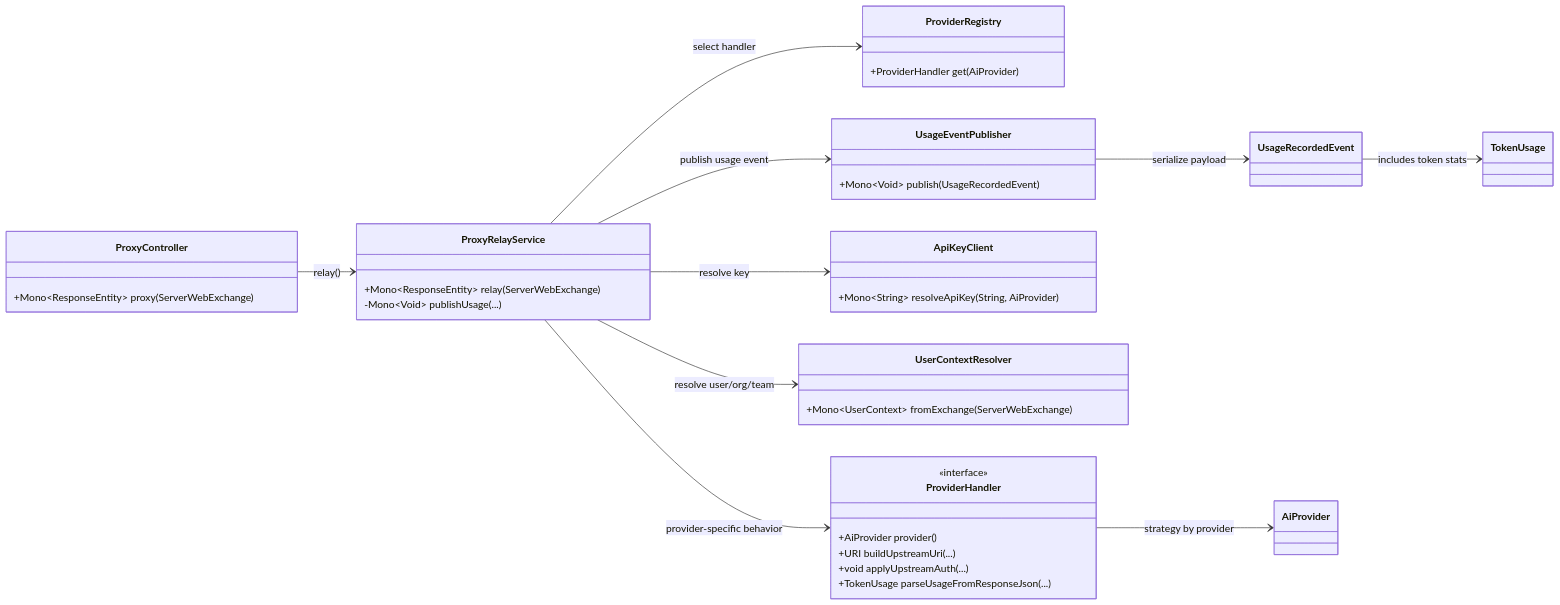
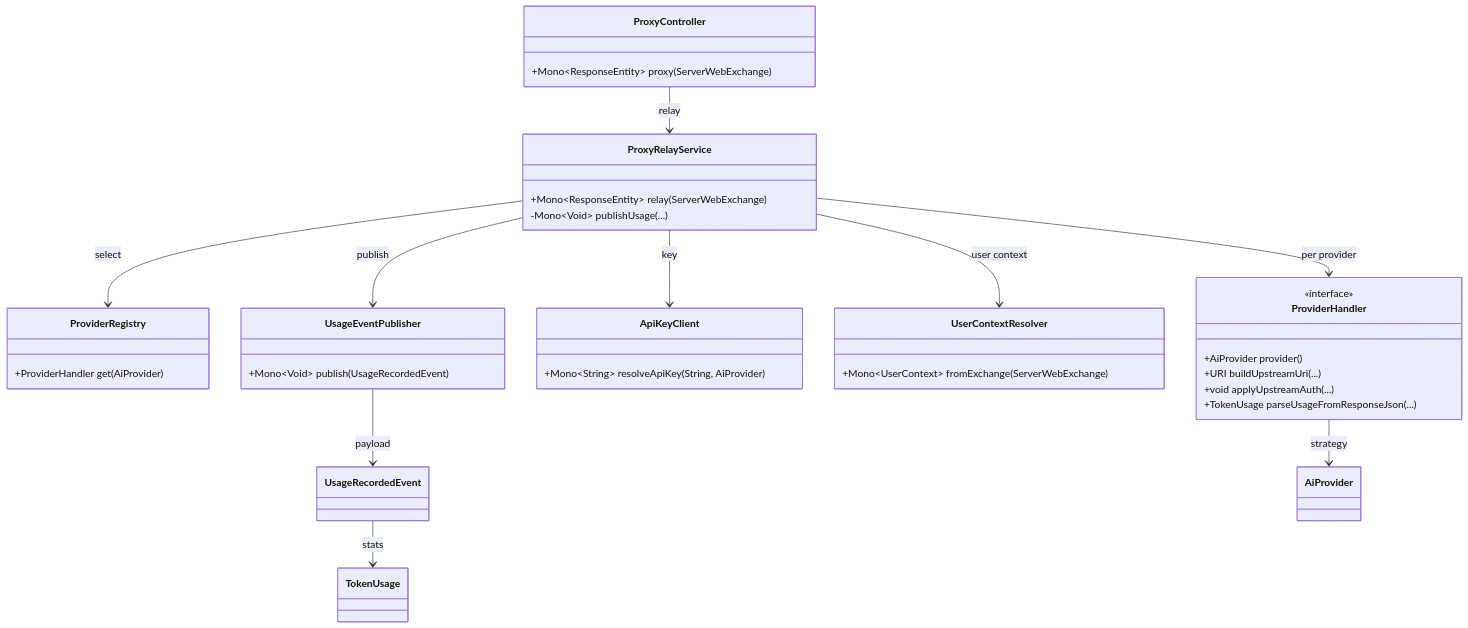
The fourth of 11 diagrams in docs/c4-architecture-diagrams.md (Zero-Bug-Freinds/ai-api-usage-monitor), drawn with Mermaid before and after one commit. The commit also changed other lines of this file and 1 other file, not shown here.

````diff
--- a/docs/c4-architecture-diagrams.md
+++ b/docs/c4-architecture-diagrams.md
@@ -138,51 +159,51 @@
 ```mermaid
 classDiagram
-direction LR
+direction TB
 
 class ProxyController {
   +Mono~ResponseEntity~ proxy(ServerWebExchange)
 }
 
 class ProxyRelayService {
   +Mono~ResponseEntity~ relay(ServerWebExchange)
   -Mono~Void~ publishUsage(...)
 }
 
 class ProviderRegistry {
   +ProviderHandler get(AiProvider)
 }
 
 class ProviderHandler {
   <<interface>>
   +AiProvider provider()
   +URI buildUpstreamUri(...)
   +void applyUpstreamAuth(...)
   +TokenUsage parseUsageFromResponseJson(...)
 }
 
 class ApiKeyClient {
   +Mono~String~ resolveApiKey(String, AiProvider)
 }
 
 class UserContextResolver {
   +Mono~UserContext~ fromExchange(ServerWebExchange)
 }
 
 class UsageEventPublisher {
   +Mono~Void~ publish(UsageRecordedEvent)
 }
 
 class UsageRecordedEvent
 class TokenUsage
 class AiProvider
 
-ProxyController --> ProxyRelayService : relay()
-ProxyRelayService --> ProviderRegistry : select handler
-ProxyRelayService --> ProviderHandler : provider-specific behavior
-ProxyRelayService --> ApiKeyClient : resolve key
-ProxyRelayService --> UserContextResolver : resolve user/org/team
-ProxyRelayService --> UsageEventPublisher : publish usage event
-UsageEventPublisher --> UsageRecordedEvent : serialize payload
-UsageRecordedEvent --> TokenUsage : includes token stats
-ProviderHandler --> AiProvider : strategy by provider
+ProxyController --> ProxyRelayService : relay
+ProxyRelayService --> ProviderRegistry : select
+ProxyRelayService --> ProviderHandler : per provider
+ProxyRelayService --> ApiKeyClient : key
+ProxyRelayService --> UserContextResolver : user context
+ProxyRelayService --> UsageEventPublisher : publish
+UsageEventPublisher --> UsageRecordedEvent : payload
+UsageRecordedEvent --> TokenUsage : stats
+ProviderHandler --> AiProvider : strategy
 ```
````
